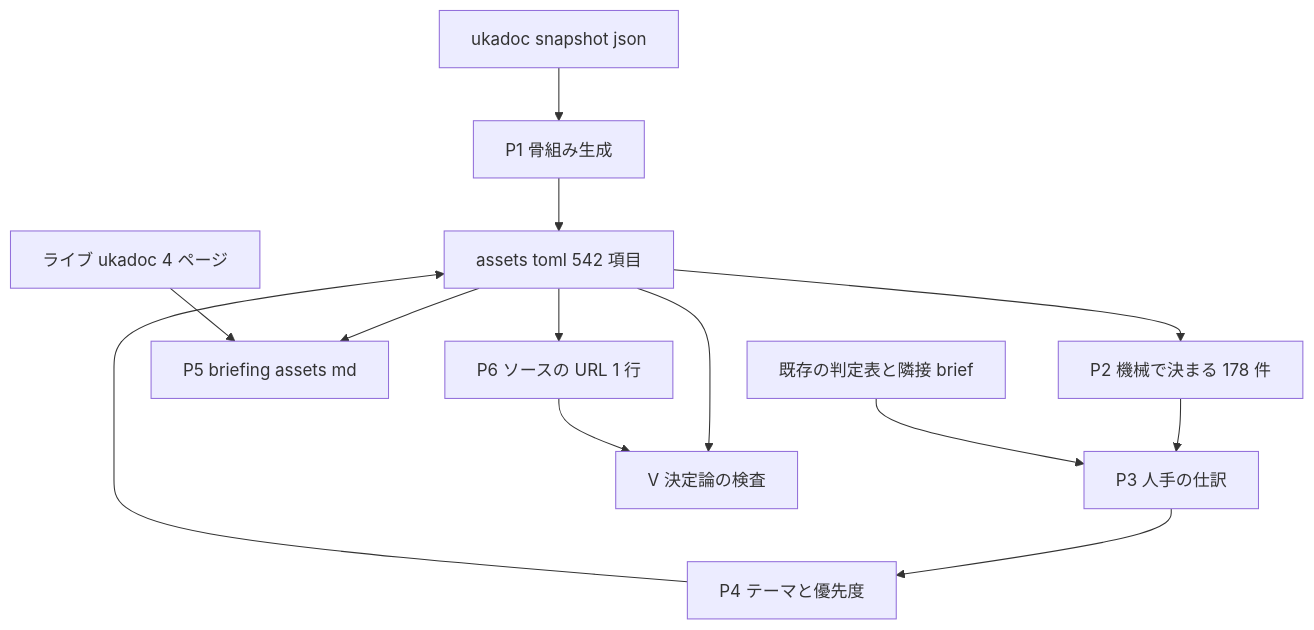
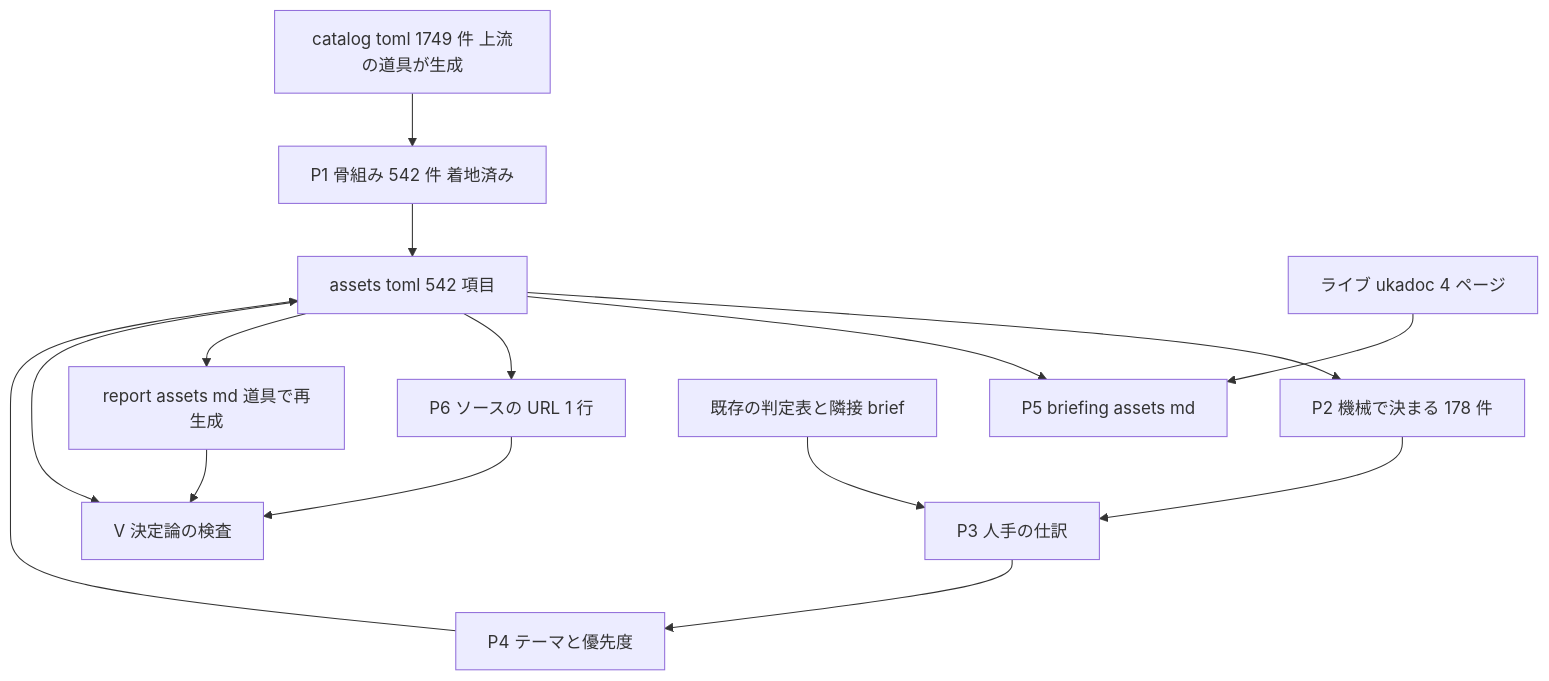
Before and after one commit to ekicyou/areka: the diagram in .kiro/specs/areka-P0-ukadoc-survey-assets/design.md, drawn with Mermaid. The commit also changed other lines of this file and 2 other files, not shown here.

First line of the commit message:
docs(areka-P0-ukadoc-survey-assets): align design and tasks with the landed toolkit

````diff
--- a/.kiro/specs/areka-P0-ukadoc-survey-assets/design.md
+++ b/.kiro/specs/areka-P0-ukadoc-survey-assets/design.md
@@ -77,27 +79,30 @@
 ```mermaid
 graph TB
-    Snapshot[ukadoc snapshot json]
-    Skeleton[P1 骨組み生成]
+    Catalog[catalog toml 1749 件 上流の道具が生成]
+    Skeleton[P1 骨組み 542 件 着地済み]
     Ledger[assets toml 542 項目]
+    Report[report assets md 道具で再生成]
     MachineFill[P2 機械で決まる 178 件]
     ManualFill[P3 人手の仕訳]
     Themes[P4 テーマと優先度]
     Briefing[P5 briefing assets md]
     Urls[P6 ソースの URL 1 行]
     Checks[V 決定論の検査]
     Live[ライブ ukadoc 4 ページ]
     Existing[既存の判定表と隣接 brief]
 
-    Snapshot --> Skeleton
+    Catalog --> Skeleton
     Skeleton --> Ledger
     Ledger --> MachineFill
     MachineFill --> ManualFill
     Existing --> ManualFill
     ManualFill --> Themes
     Themes --> Ledger
     Ledger --> Briefing
     Ledger --> Urls
     Live --> Briefing
+    Ledger --> Report
+    Report --> Checks
     Ledger --> Checks
     Urls --> Checks
 ```
````
